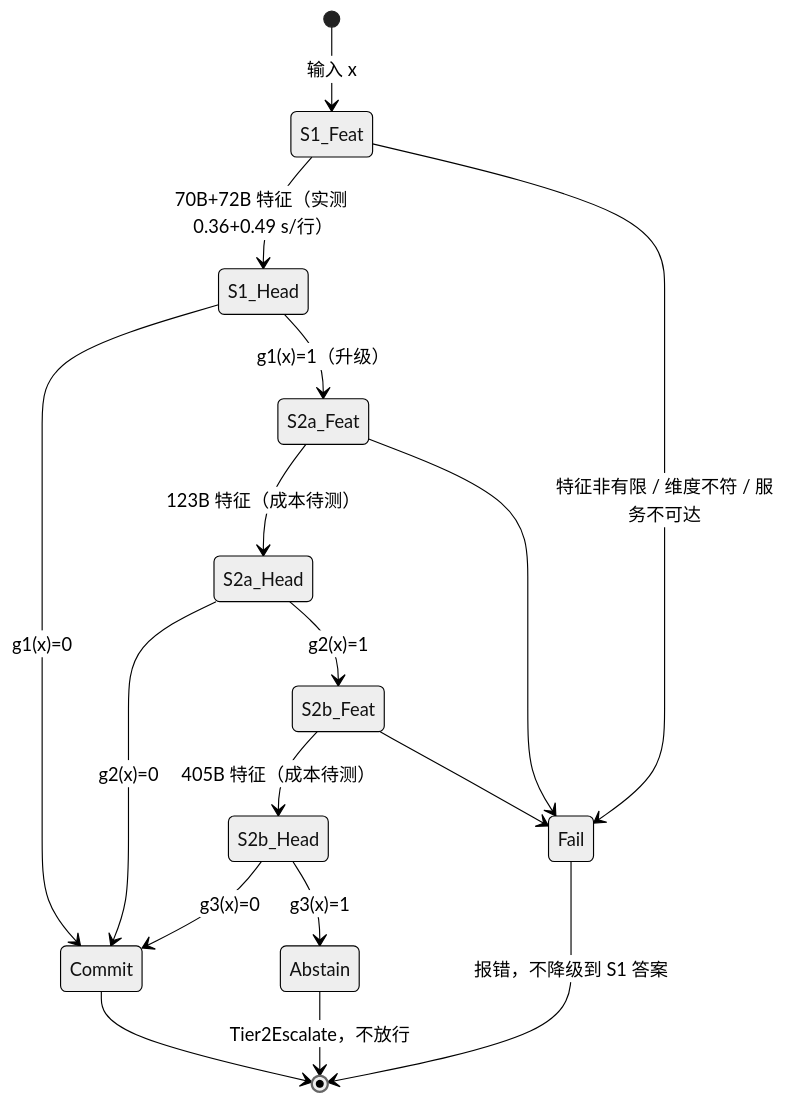
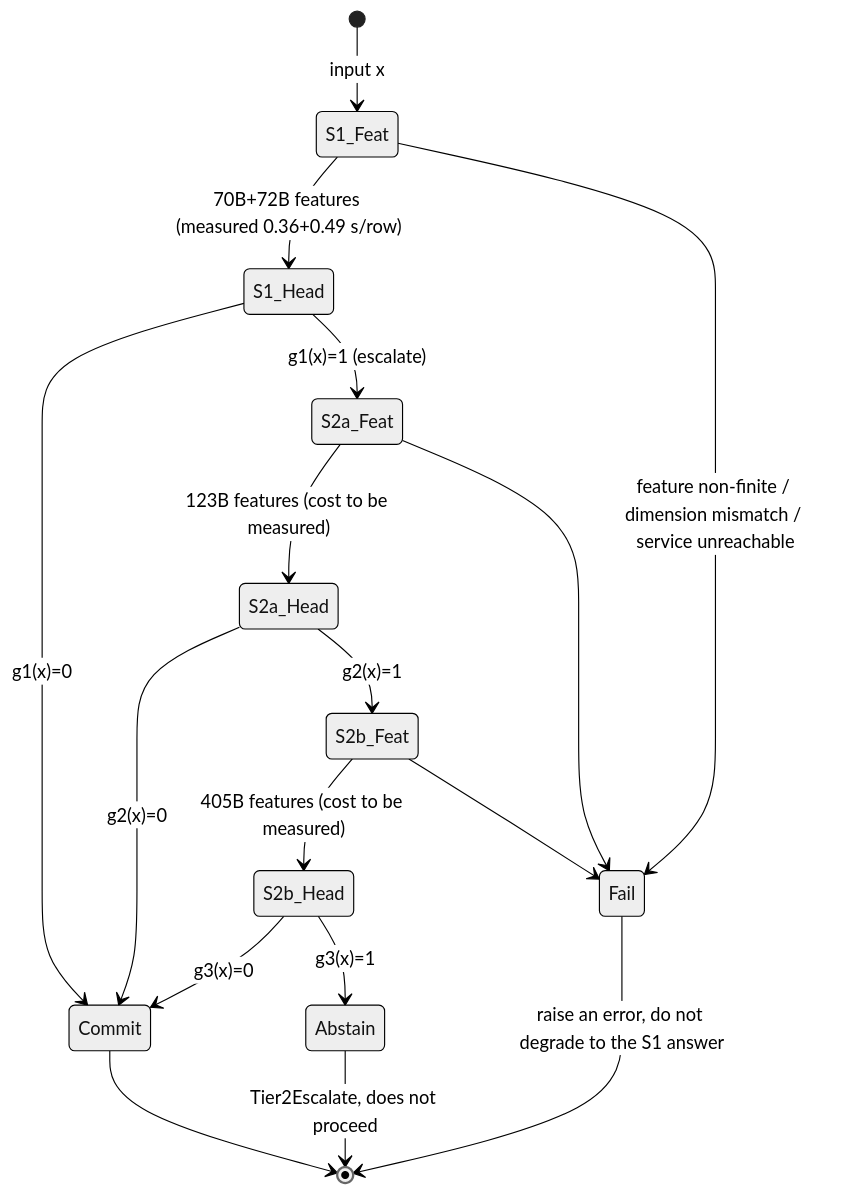
Before and after one commit to xmond/gen-zero: the diagram in docs/zero/31-multiscale-dense-resonance-etf-dual-process-plan.md, drawn with Mermaid (neutral theme). The commit also changed other lines of this file and 46 other files, not shown here.

````diff
--- a/docs/zero/31-multiscale-dense-resonance-etf-dual-process-plan.md
+++ b/docs/zero/31-multiscale-dense-resonance-etf-dual-process-plan.md
@@ -163,19 +163,19 @@
 ```mermaid
 stateDiagram-v2
-    [*] --> S1_Feat : 输入 x
-    S1_Feat --> S1_Head : 70B+72B 特征（实测 0.36+0.49 s/行）
+    [*] --> S1_Feat : input x
+    S1_Feat --> S1_Head : 70B+72B features (measured 0.36+0.49 s/row)
     S1_Head --> Commit : g1(x)=0
-    S1_Head --> S2a_Feat : g1(x)=1（升级）
-    S2a_Feat --> S2a_Head : 123B 特征（成本待测）
+    S1_Head --> S2a_Feat : g1(x)=1 (escalate)
+    S2a_Feat --> S2a_Head : 123B features (cost to be measured)
     S2a_Head --> Commit : g2(x)=0
     S2a_Head --> S2b_Feat : g2(x)=1
-    S2b_Feat --> S2b_Head : 405B 特征（成本待测）
+    S2b_Feat --> S2b_Head : 405B features (cost to be measured)
     S2b_Head --> Commit : g3(x)=0
     S2b_Head --> Abstain : g3(x)=1
-    S1_Feat --> Fail : 特征非有限 / 维度不符 / 服务不可达
+    S1_Feat --> Fail : feature non-finite / dimension mismatch / service unreachable
     S2a_Feat --> Fail
     S2b_Feat --> Fail
     Commit --> [*]
-    Abstain --> [*] : Tier2Escalate，不放行
-    Fail --> [*] : 报错，不降级到 S1 答案
+    Abstain --> [*] : Tier2Escalate, does not proceed
+    Fail --> [*] : raise an error, do not degrade to the S1 answer
 ```
````
